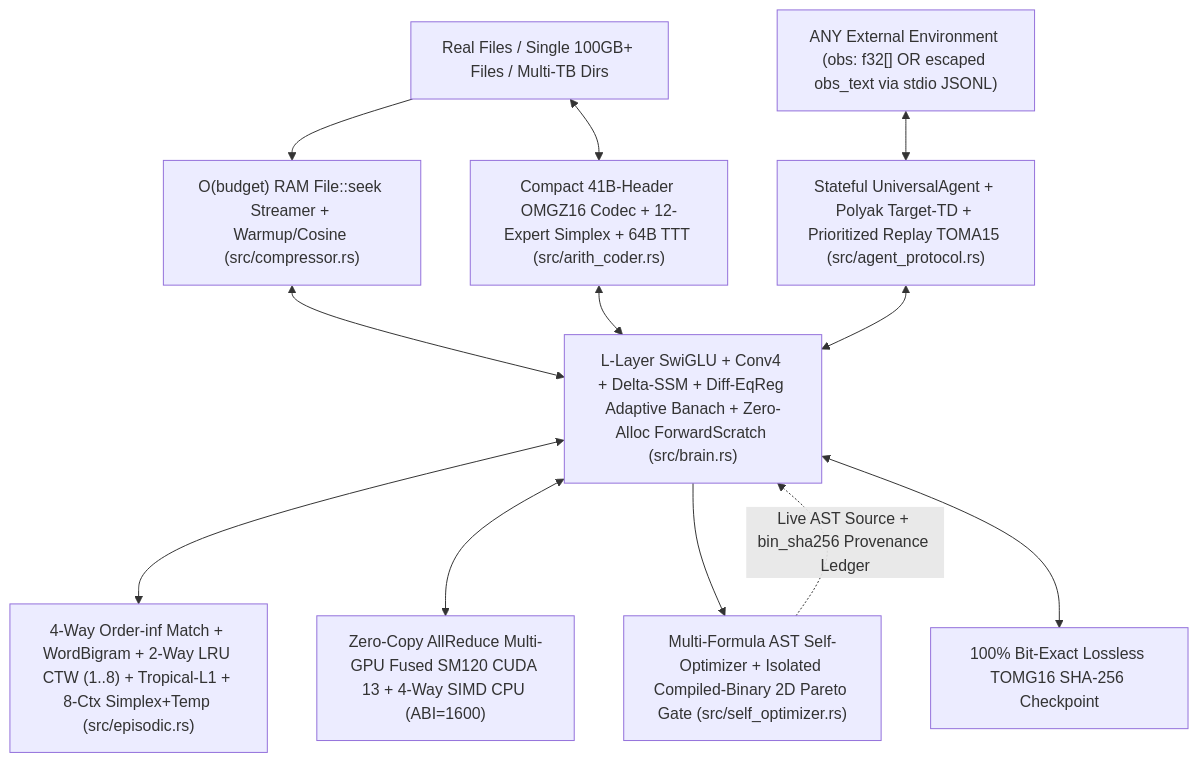
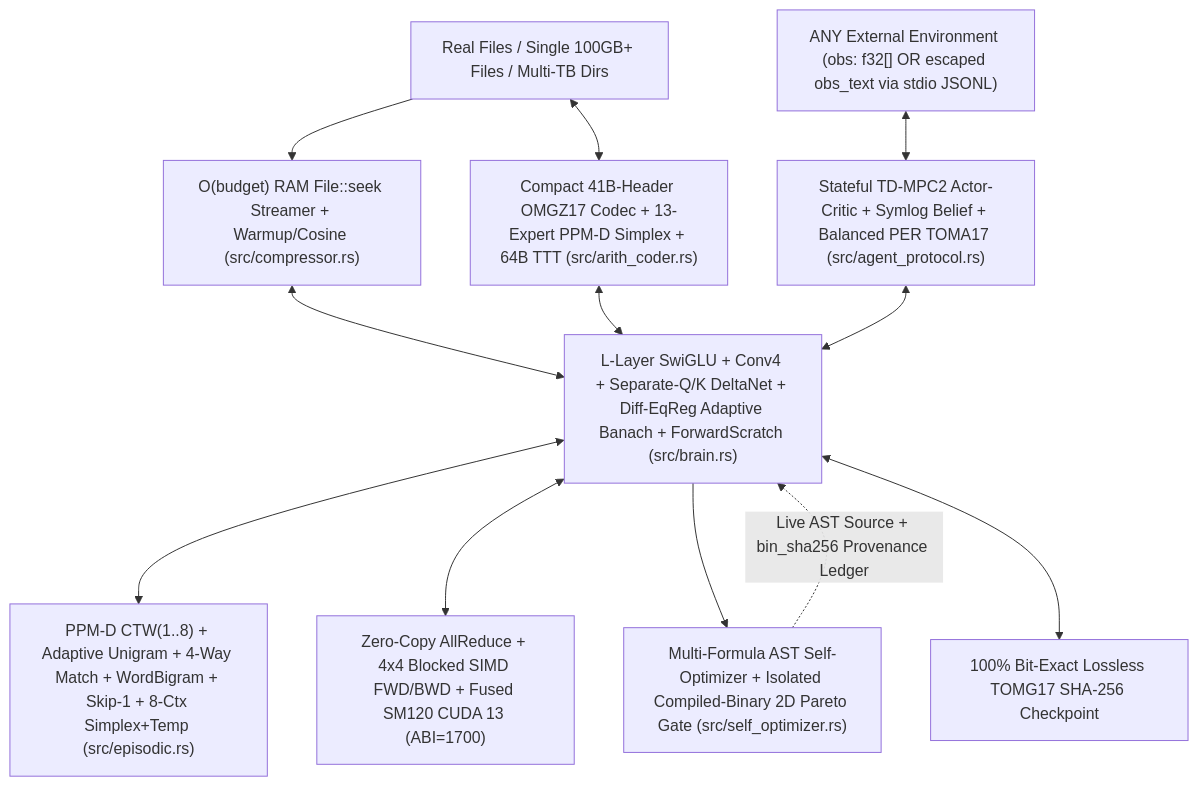
The diagram in 초지능/범용_초지능.md (flwjfxm0004/Defi), drawn with Mermaid before and after one commit. The commit also changed other lines of this file and 16 other files, not shown here.

````diff
--- a/초지능/범용_초지능.md
+++ b/초지능/범용_초지능.md
@@ -32,14 +37,14 @@
 ```mermaid
 flowchart TD
     REAL["Real Files / Single 100GB+ Files / Multi-TB Dirs"] --> COMP["O(budget) RAM File::seek Streamer + Warmup/Cosine (src/compressor.rs)"]
-    REAL <--> CODEC["Compact 41B-Header OMGZ16 Codec + 12-Expert Simplex + 64B TTT (src/arith_coder.rs)"]
-    EXT["ANY External Environment (obs: f32[] OR escaped obs_text via stdio JSONL)"] <--> AGENT["Stateful UniversalAgent + Polyak Target-TD + Prioritized Replay TOMA15 (src/agent_protocol.rs)"]
-    COMP <--> BRAIN["L-Layer SwiGLU + Conv4 + Delta-SSM + Diff-EqReg Adaptive Banach + Zero-Alloc ForwardScratch (src/brain.rs)"]
+    REAL <--> CODEC["Compact 41B-Header OMGZ17 Codec + 13-Expert PPM-D Simplex + 64B TTT (src/arith_coder.rs)"]
+    EXT["ANY External Environment (obs: f32[] OR escaped obs_text via stdio JSONL)"] <--> AGENT["Stateful TD-MPC2 Actor-Critic + Symlog Belief + Balanced PER TOMA17 (src/agent_protocol.rs)"]
+    COMP <--> BRAIN["L-Layer SwiGLU + Conv4 + Separate-Q/K DeltaNet + Diff-EqReg Adaptive Banach + ForwardScratch (src/brain.rs)"]
     CODEC <--> BRAIN
     AGENT <--> BRAIN
-    BRAIN <--> MEM["4-Way Order-inf Match + WordBigram + 2-Way LRU CTW (1..8) + Tropical-L1 + 8-Ctx Simplex+Temp (src/episodic.rs)"]
-    BRAIN <--> GPU["Zero-Copy AllReduce Multi-GPU Fused SM120 CUDA 13 + 4-Way SIMD CPU (ABI=1600)"]
+    BRAIN <--> MEM["PPM-D CTW(1..8) + Adaptive Unigram + 4-Way Match + WordBigram + Skip-1 + 8-Ctx Simplex+Temp (src/episodic.rs)"]
+    BRAIN <--> GPU["Zero-Copy AllReduce + 4x4 Blocked SIMD FWD/BWD + Fused SM120 CUDA 13 (ABI=1700)"]
     BRAIN --> OPT["Multi-Formula AST Self-Optimizer + Isolated Compiled-Binary 2D Pareto Gate (src/self_optimizer.rs)"]
     OPT -. "Live AST Source + bin_sha256 Provenance Ledger" .-> BRAIN
-    BRAIN <--> CKPT["100% Bit-Exact Lossless TOMG16 SHA-256 Checkpoint"]
+    BRAIN <--> CKPT["100% Bit-Exact Lossless TOMG17 SHA-256 Checkpoint"]
 ```
````
